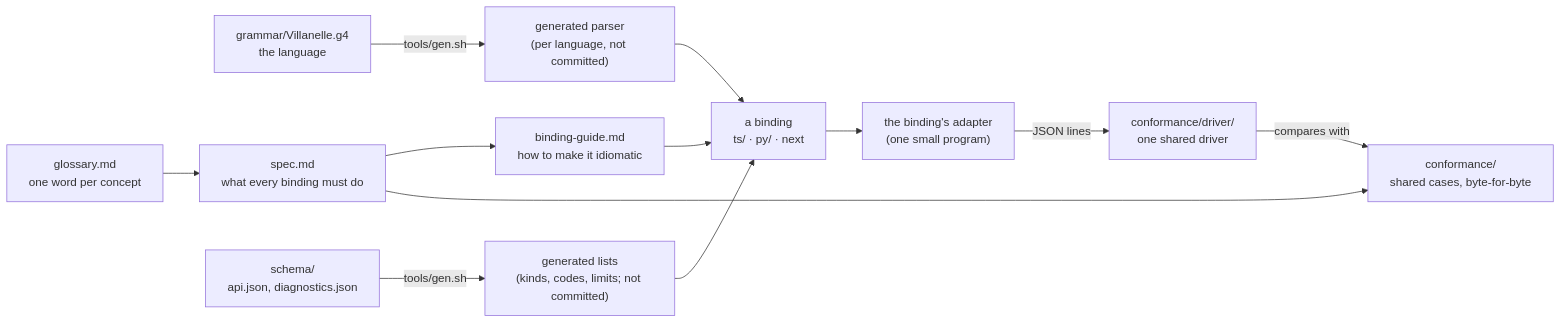
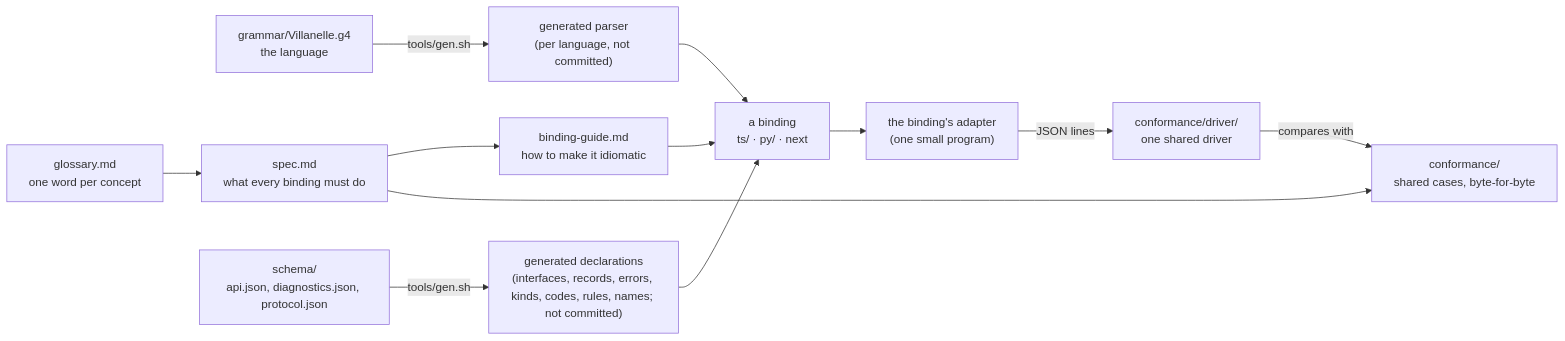
Before and after one commit to mcurcio/knobly: the diagram in spec/README.md, drawn with Mermaid. The commit also changed other lines of this file and 30 other files, not shown here.

First line of the commit message:
feat(spec): milestone 6: typed schema, generated declarations, enumerations, per-layer namespaces

````diff
--- a/spec/README.md
+++ b/spec/README.md
@@ -26,14 +26,14 @@
 ```mermaid
 flowchart LR
   G["grammar/Villanelle.g4<br/>the language"] -->|tools/gen.sh| P["generated parser<br/>(per language, not committed)"]
   S["spec.md<br/>what every binding must do"] --> DG["binding-guide.md<br/>how to make it idiomatic"]
   W["glossary.md<br/>one word per concept"] --> S
-  SC["schema/<br/>api.json, diagnostics.json"] -->|tools/gen.sh| GL["generated lists<br/>(kinds, codes, limits; not committed)"]
+  SC["schema/<br/>api.json, diagnostics.json, protocol.json"] -->|tools/gen.sh| GL["generated declarations<br/>(interfaces, records, errors, kinds, codes, rules, names; not committed)"]
   S --> C["conformance/<br/>shared cases, byte-for-byte"]
   P --> B["a binding<br/>ts/ · py/ · next"]
   GL --> B
   DG --> B
   B --> A["the binding's adapter<br/>(one small program)"]
   A -->|"JSON lines"| D["conformance/driver/<br/>one shared driver"]
   D -->|"compares with"| C
 ```
````
